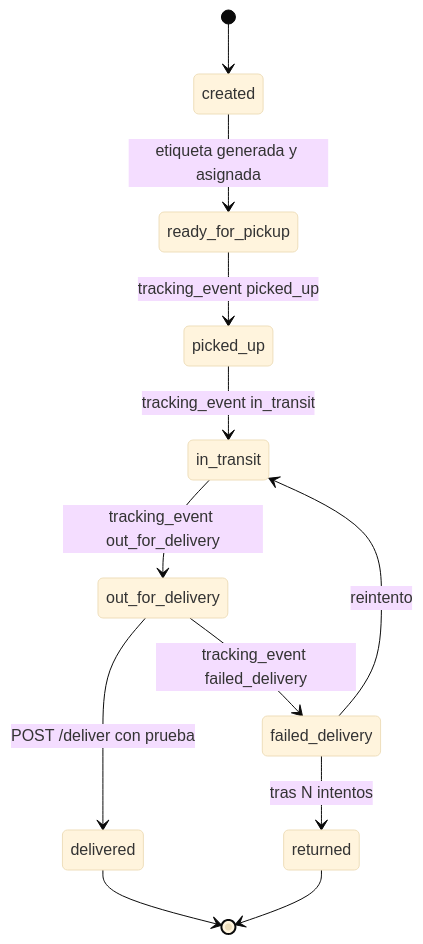
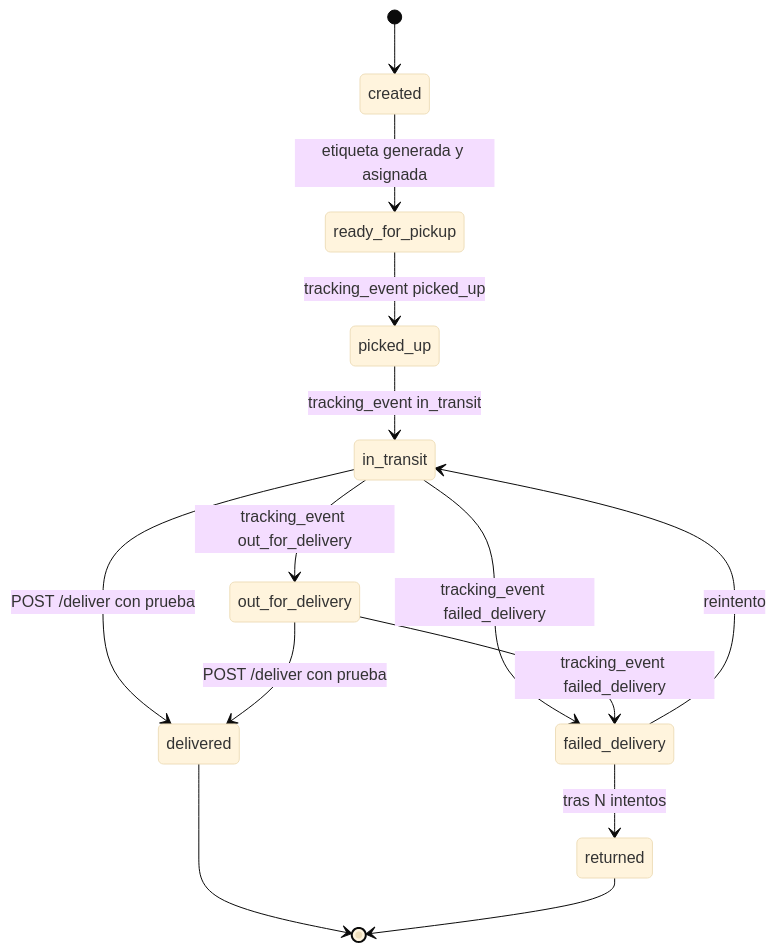
The fourth of 9 diagrams in documentacion/06-estados-y-diagramas.md (IAW-2026/proyecto-c-buyer2-bicimarket), drawn with Mermaid (base theme) before and after one commit. The commit also changed other lines of this file and 9 other files, not shown here.

````diff
--- a/documentacion/06-estados-y-diagramas.md
+++ b/documentacion/06-estados-y-diagramas.md
@@ -77,14 +77,16 @@
 ```mermaid
 stateDiagram-v2
     [*] --> created
     created --> ready_for_pickup: etiqueta generada y asignada
     ready_for_pickup --> picked_up: tracking_event picked_up
     picked_up --> in_transit: tracking_event in_transit
     in_transit --> out_for_delivery: tracking_event out_for_delivery
+    in_transit --> delivered: POST /deliver con prueba
+    in_transit --> failed_delivery: tracking_event failed_delivery
     out_for_delivery --> delivered: POST /deliver con prueba
     out_for_delivery --> failed_delivery: tracking_event failed_delivery
     failed_delivery --> in_transit: reintento
     failed_delivery --> returned: tras N intentos
     delivered --> [*]
     returned --> [*]
 ```
````
